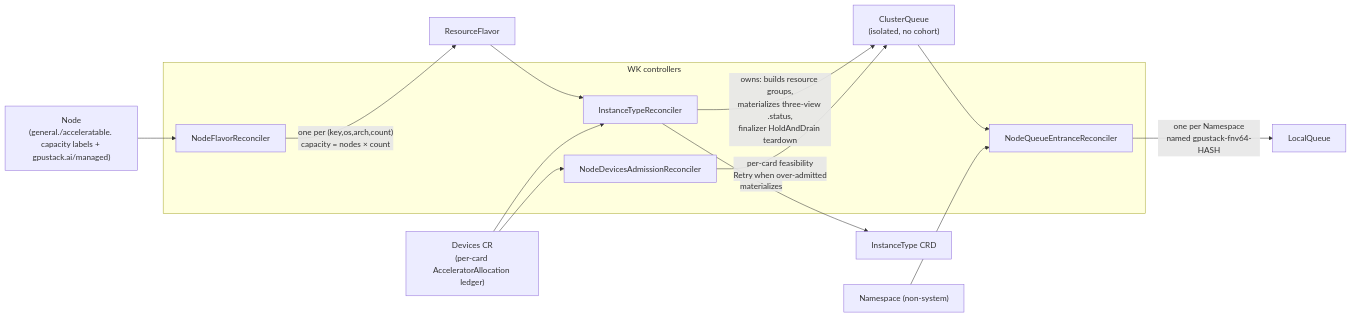
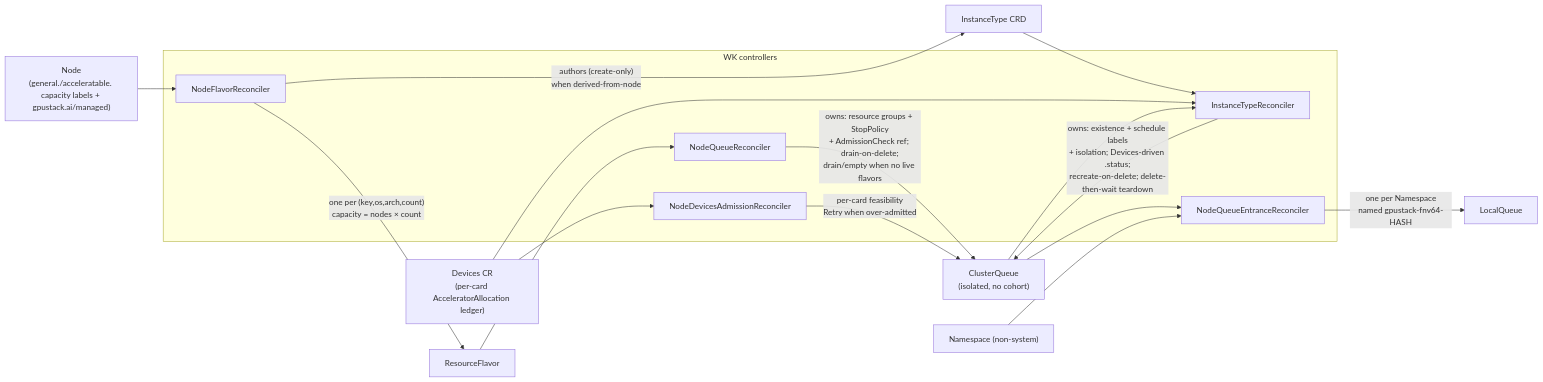
One commit to gpustack/gpustack-operator changed the second of 2 diagrams in docs/architecture.md. Above: the diagram before and after it, drawn with Mermaid. The commit also changed other lines of this file and 4 other files, not shown here.

First line of the commit message:
docs: sync architecture/settings/dev/README + spec to the queue-ownership split

````diff
--- a/docs/architecture.md
+++ b/docs/architecture.md
@@ -190,24 +190,28 @@
 ```mermaid
 flowchart LR
     NODE["Node<br/>(general./acceleratable. capacity labels + gpustack.ai/managed)"]
     DEV["Devices CR<br/>(per-card AcceleratorAllocation ledger)"]
 
     subgraph controllers["WK controllers"]
         NFR["NodeFlavorReconciler"]
         ITR["InstanceTypeReconciler"]
+        NQR["NodeQueueReconciler"]
         NQE["NodeQueueEntranceReconciler"]
         AC["NodeDevicesAdmissionReconciler"]
     end
 
     NODE --> NFR
     NFR -- "one per (key,os,arch,count)<br/>capacity = nodes × count" --> RF["ResourceFlavor"]
-    RF --> ITR
+    NFR -- "authors (create-only)<br/>when derived-from-node" --> IT["InstanceType CRD"]
+    IT --> ITR
     DEV --> ITR
-    ITR -- "owns: builds resource groups,<br/>materializes three-view .status,<br/>finalizer HoldAndDrain teardown" --> CQ["ClusterQueue<br/>(isolated, no cohort)"]
-    ITR -- "materializes" --> IT["InstanceType CRD"]
+    ITR -- "owns: existence + schedule labels<br/>+ isolation; Devices-driven .status;<br/>recreate-on-delete; delete-then-wait teardown" --> CQ["ClusterQueue<br/>(isolated, no cohort)"]
+    RF --> NQR
+    NQR -- "owns: resource groups + StopPolicy<br/>+ AdmissionCheck ref; drain-on-delete;<br/>drain/empty when no live flavors" --> CQ
+    CQ --> ITR
     CQ --> NQE
     NS["Namespace (non-system)"] --> NQE
     NQE -- "one per Namespace<br/>named gpustack-fnv64-HASH" --> LQ["LocalQueue"]
     DEV --> AC
     AC -- "per-card feasibility<br/>Retry when over-admitted" --> CQ
 ```
````
